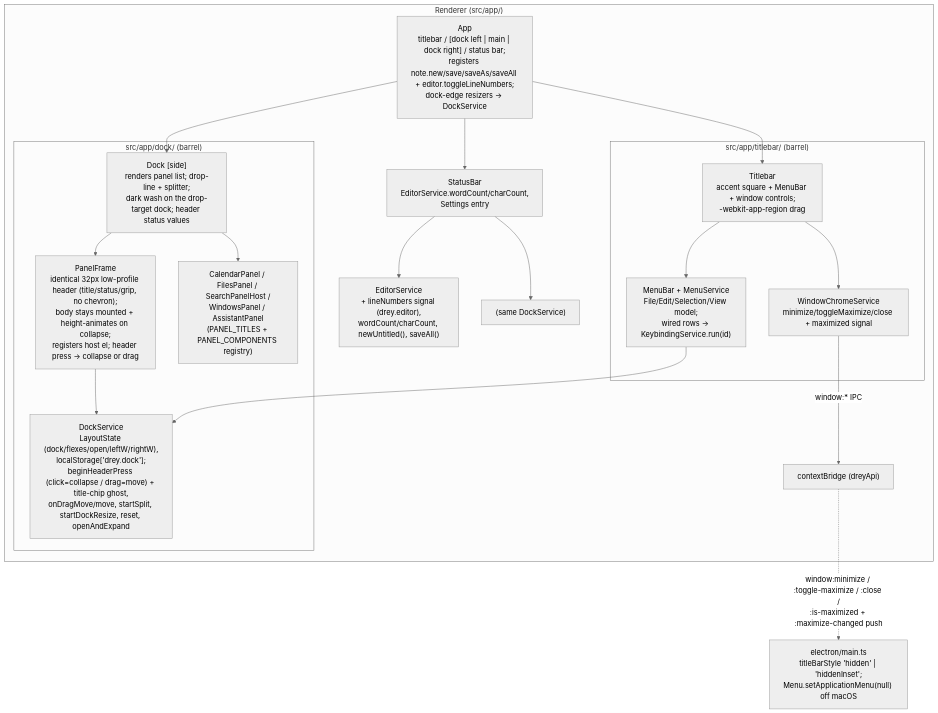
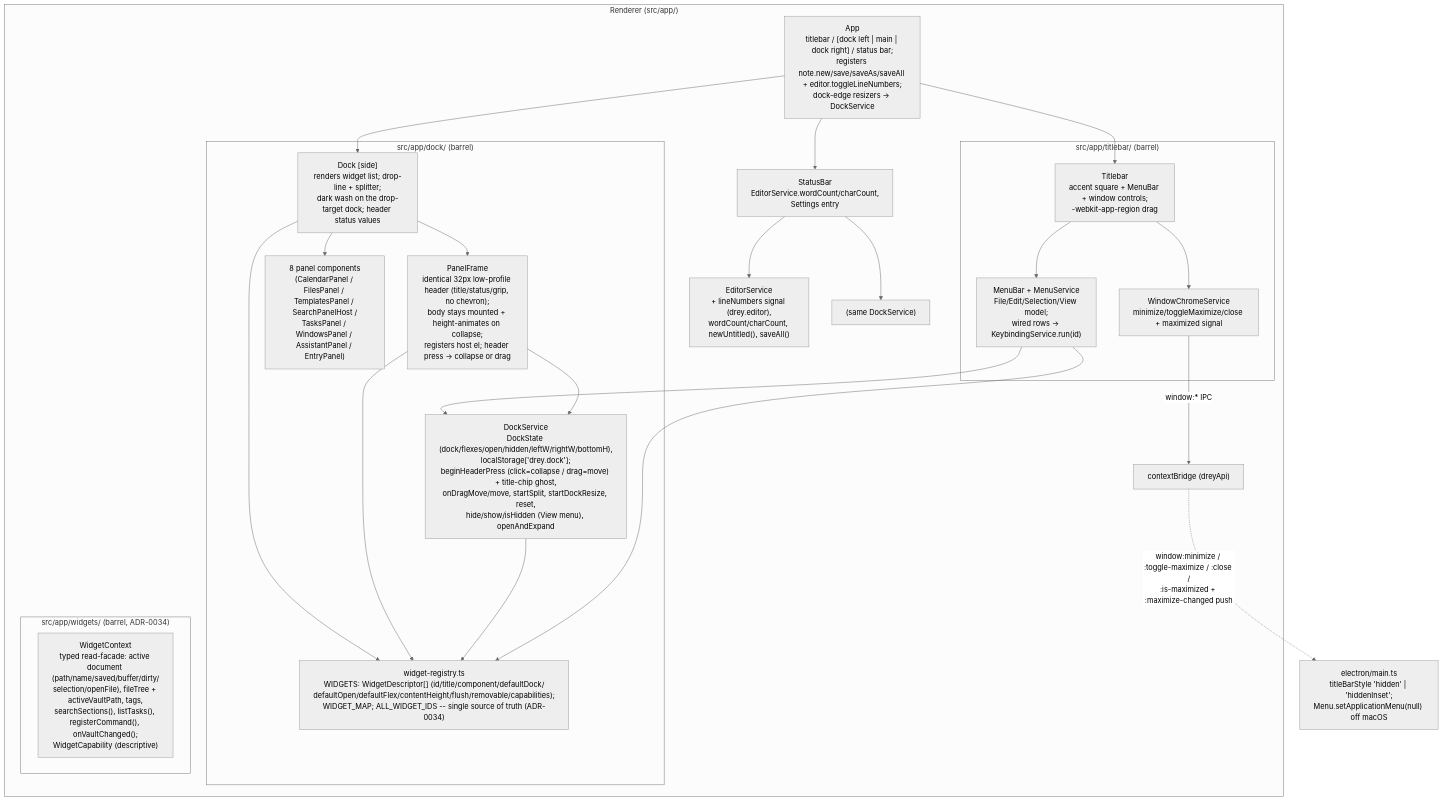
The third of 3 diagrams in docs/05_building_block_view.md (HenrikPuls/Drey), drawn with Mermaid (neutral theme) before and after one commit. The commit also changed other lines of this file and 18 other files, not shown here.

First line of the commit message:
widgets: data-driven registry, WidgetContext facade, View-menu hide/show (ADR-0034)

````diff
--- a/docs/05_building_block_view.md
+++ b/docs/05_building_block_view.md
@@ -1323,34 +1323,42 @@
 ```mermaid
 graph TB
     subgraph Renderer["Renderer (src/app/)"]
         App["App\ntitlebar / [dock left | main | dock right] / status bar;\nregisters note.new/save/saveAs/saveAll + editor.toggleLineNumbers;\ndock-edge resizers -> DockService"]
         subgraph tb["src/app/titlebar/ (barrel)"]
             Titlebar["Titlebar\naccent square + MenuBar + window controls;\n-webkit-app-region drag"]
             MenuBar["MenuBar + MenuService\nFile/Edit/Selection/View model;\nwired rows -> KeybindingService.run(id)"]
             WindowChrome["WindowChromeService\nminimize/toggleMaximize/close + maximized signal"]
         end
         subgraph dk["src/app/dock/ (barrel)"]
-            DockService["DockService\nLayoutState (dock/flexes/open/leftW/rightW),\nlocalStorage['drey.dock'];\nbeginHeaderPress (click=collapse / drag=move) + title-chip ghost,\nonDragMove/move, startSplit, startDockResize, reset, openAndExpand"]
-            Dock["Dock [side]\nrenders panel list; drop-line + splitter;\ndark wash on the drop-target dock; header status values"]
+            DockService["DockService\nDockState (dock/flexes/open/hidden/leftW/rightW/bottomH),\nlocalStorage['drey.dock'];\nbeginHeaderPress (click=collapse / drag=move) + title-chip ghost,\nonDragMove/move, startSplit, startDockResize, reset,\nhide/show/isHidden (View menu), openAndExpand"]
+            Dock["Dock [side]\nrenders widget list; drop-line + splitter;\ndark wash on the drop-target dock; header status values"]
             PanelFrame["PanelFrame\nidentical 32px low-profile header (title/status/grip, no chevron);\nbody stays mounted + height-animates on collapse;\nregisters host el; header press -> collapse or drag"]
-            Panels["CalendarPanel / FilesPanel / SearchPanelHost /\nWindowsPanel / AssistantPanel\n(PANEL_TITLES + PANEL_COMPONENTS registry)"]
+            WidgetRegistry["widget-registry.ts\nWIDGETS: WidgetDescriptor[] (id/title/component/defaultDock/\ndefaultOpen/defaultFlex/contentHeight/flush/removable/capabilities);\nWIDGET_MAP; ALL_WIDGET_IDS -- single source of truth (ADR-0034)"]
+            Panels["8 panel components\n(CalendarPanel / FilesPanel / TemplatesPanel / SearchPanelHost /\nTasksPanel / WindowsPanel / AssistantPanel / EntryPanel)"]
+        end
+        subgraph wg["src/app/widgets/ (barrel, ADR-0034)"]
+            WidgetContext["WidgetContext\ntyped read-facade: active document (path/name/saved/buffer/dirty/\nselection/openFile), fileTree + activeVaultPath, tags,\nsearchSections(), listTasks(), registerCommand(), onVaultChanged();\nWidgetCapability (descriptive)"]
         end
         StatusBar["StatusBar\nEditorService.wordCount/charCount,\nSettings entry"]
         EditorService2["EditorService\n+ lineNumbers signal (drey.editor),\nwordCount/charCount, newUntitled(), saveAll()"]
         DockService2["(same DockService)"]
         App --> Titlebar
         App --> Dock
         App --> StatusBar
         Titlebar --> MenuBar
         Titlebar --> WindowChrome
         MenuBar --> DockService
         Dock --> PanelFrame
         Dock --> Panels
+        Dock --> WidgetRegistry
+        PanelFrame --> WidgetRegistry
+        DockService --> WidgetRegistry
+        MenuBar --> WidgetRegistry
         PanelFrame --> DockService
         StatusBar --> DockService2
         StatusBar --> EditorService2
         WindowChrome -->|"window:* IPC"| Bridge3
     end
     Bridge3["contextBridge (dreyApi)"]
     Bridge3 -.->|"window:minimize / :toggle-maximize / :close /\n:is-maximized + :maximize-changed push"| MainProc["electron/main.ts\ntitleBarStyle 'hidden' | 'hiddenInset';\nMenu.setApplicationMenu(null) off macOS"]
 ```
````
